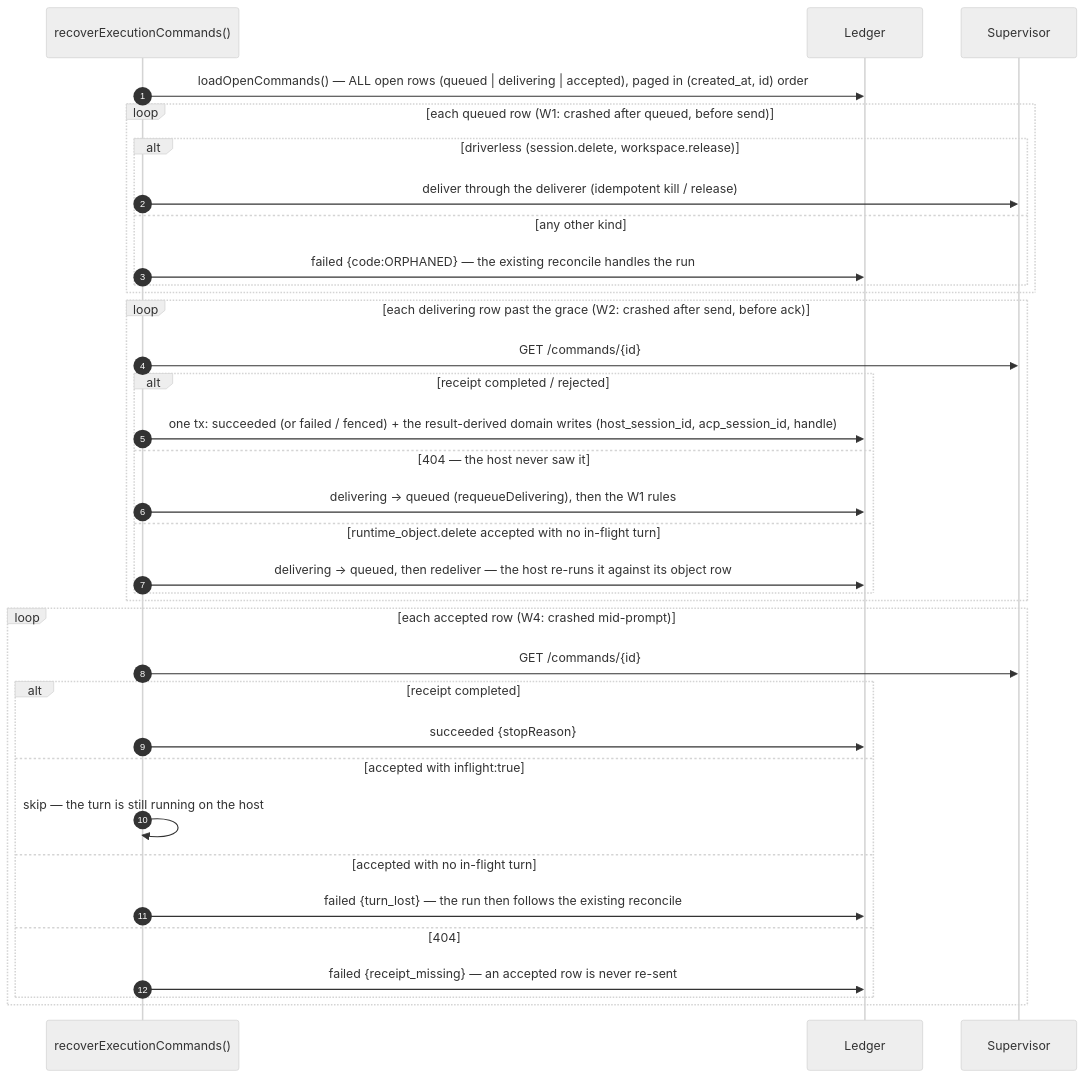
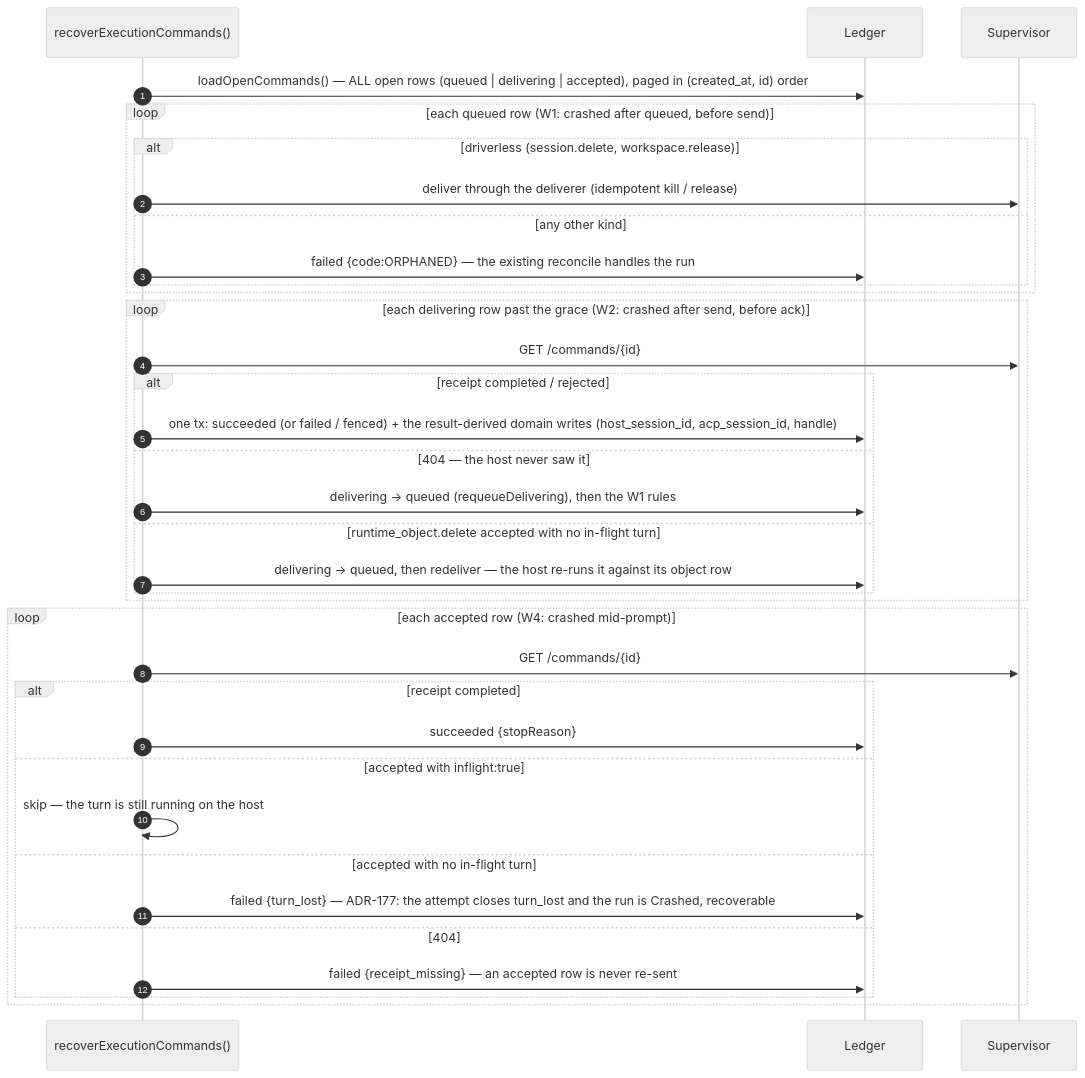
Before and after one commit to maister-dev/maister: the eighth of 10 diagrams in docs/system-analytics/execution-hosts.md, drawn with Mermaid (neutral theme). The commit also changed 10 other files, not shown here.

````diff
--- a/docs/system-analytics/execution-hosts.md
+++ b/docs/system-analytics/execution-hosts.md
@@ -384,37 +384,37 @@
 ```mermaid
 sequenceDiagram
     autonumber
     participant REC as recoverExecutionCommands()
     participant LED as Ledger
     participant SUP as Supervisor
     REC->>LED: loadOpenCommands() — ALL open rows (queued | delivering | accepted), paged in (created_at, id) order
     loop each queued row (W1: crashed after queued, before send)
         alt driverless (session.delete, workspace.release)
             REC->>SUP: deliver through the deliverer (idempotent kill / release)
         else any other kind
             REC->>LED: failed {code:ORPHANED} — the existing reconcile handles the run
         end
     end
     loop each delivering row past the grace (W2: crashed after send, before ack)
         REC->>SUP: GET /commands/{id}
         alt receipt completed / rejected
             REC->>LED: one tx: succeeded (or failed / fenced) + the result-derived domain writes (host_session_id, acp_session_id, handle)
         else 404 — the host never saw it
             REC->>LED: delivering → queued (requeueDelivering), then the W1 rules
         else runtime_object.delete accepted with no in-flight turn
             REC->>LED: delivering → queued, then redeliver — the host re-runs it against its object row
         end
     end
     loop each accepted row (W4: crashed mid-prompt)
         REC->>SUP: GET /commands/{id}
         alt receipt completed
             REC->>LED: succeeded {stopReason}
         else accepted with inflight:true
             REC->>REC: skip — the turn is still running on the host
         else accepted with no in-flight turn
-            REC->>LED: failed {turn_lost} — the run then follows the existing reconcile
+            REC->>LED: failed {turn_lost} — ADR-177: the attempt closes turn_lost and the run is Crashed, recoverable
         else 404
             REC->>LED: failed {receipt_missing} — an accepted row is never re-sent
         end
     end
 ```
````
